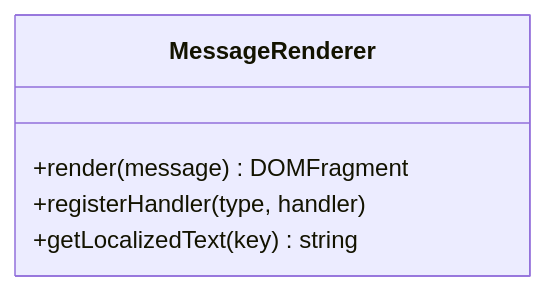
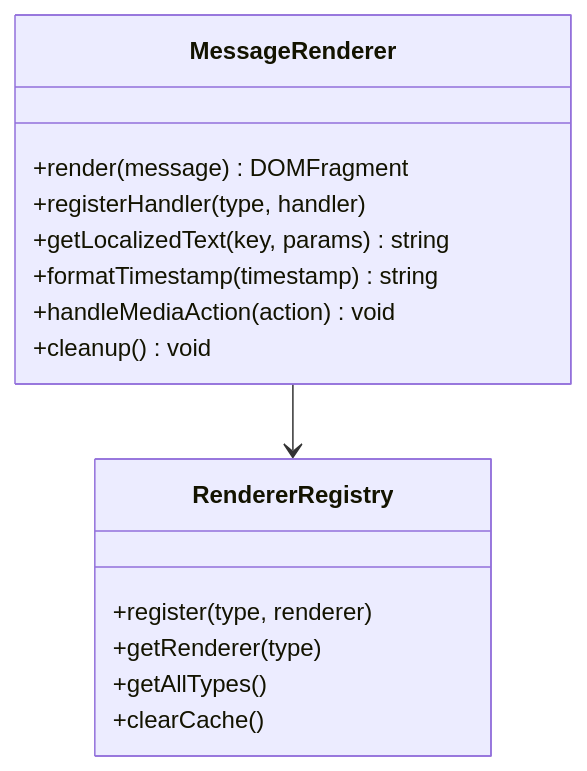
One commit to zuohaisu/wecom-archive changed the eighth of 15 diagrams in .qoder/repowiki/en/content/Web Application/Client-Side Architecture.md. Above: the diagram before and after it, drawn with Mermaid. The commit also changed other lines of this file and 95 other files, not shown here.

````diff
--- a/.qoder/repowiki/en/content/Web Application/Client-Side Architecture.md
+++ b/.qoder/repowiki/en/content/Web Application/Client-Side Architecture.md
@@ -325,8 +375,18 @@
 ```mermaid
 classDiagram
 class MessageRenderer {
 +render(message) DOMFragment
 +registerHandler(type, handler)
-+getLocalizedText(key) string
++getLocalizedText(key, params) string
++formatTimestamp(timestamp) string
++handleMediaAction(action) void
++cleanup() void
 }
+class RendererRegistry {
++register(type, renderer)
++getRenderer(type)
++getAllTypes()
++clearCache()
+}
+MessageRenderer --> RendererRegistry
 ```
````
